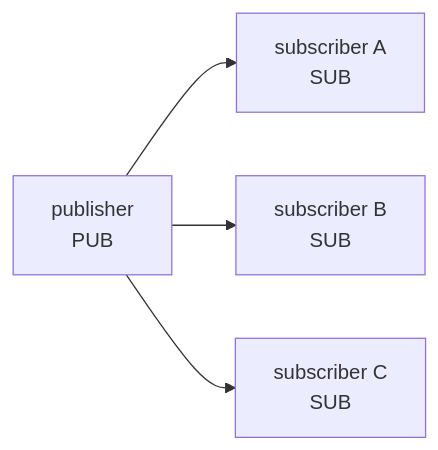
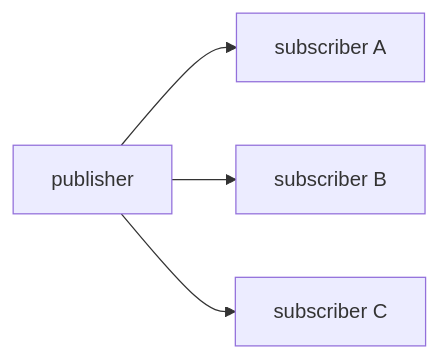
The second of 9 diagrams in framework/doc/framework/dotnet/guide/03-concepts.ko.md (kairos-code-dev/zlink), drawn with Mermaid before and after one commit. The commit also changed other lines of this file and 1 other file, not shown here.

````diff
--- a/framework/doc/framework/dotnet/guide/03-concepts.ko.md
+++ b/framework/doc/framework/dotnet/guide/03-concepts.ko.md
@@ -74,7 +70,7 @@
 ```mermaid
 %%{init: {'themeVariables': {'edgeLabelBackground':'transparent'}}}%%
 graph LR
-    P["publisher<br/>PUB"] --> S1["subscriber A<br/>SUB"]
-    P --> S2["subscriber B<br/>SUB"]
-    P --> S3["subscriber C<br/>SUB"]
+    P["publisher"] --> S1["subscriber A"]
+    P --> S2["subscriber B"]
+    P --> S3["subscriber C"]
 ```
````
